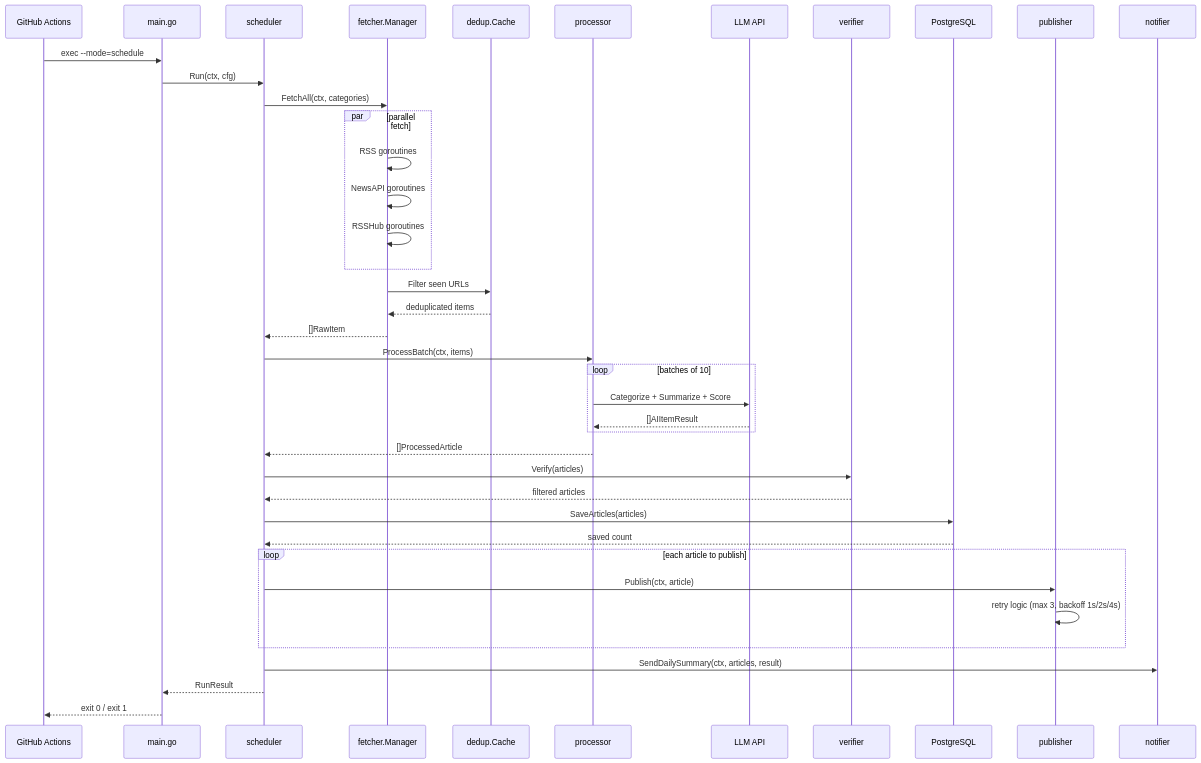
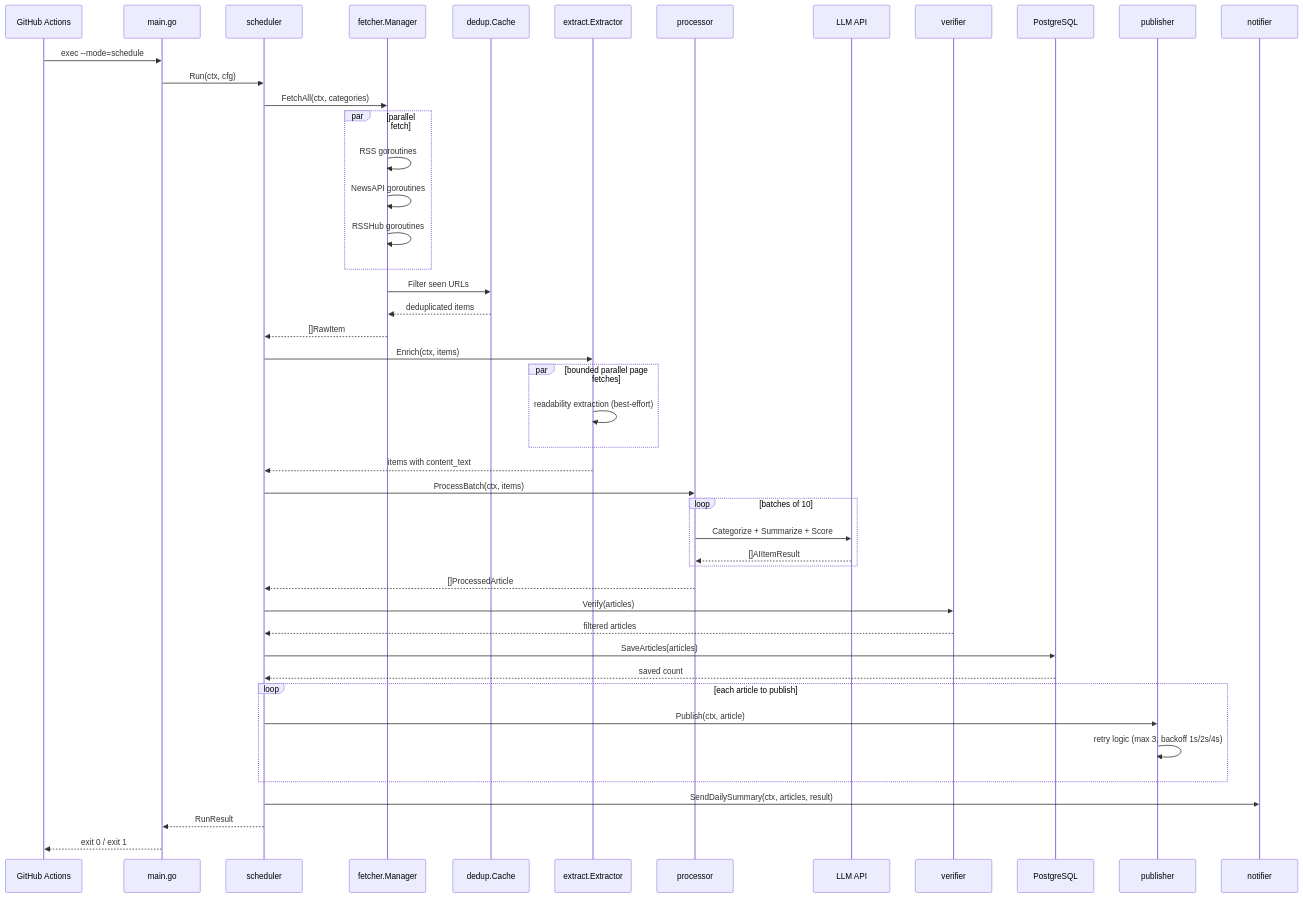
Before and after one commit to NanluQingshi/daily-info-agent: the second of 4 diagrams in docs/02-DESIGN.md, drawn with Mermaid. The commit also changed other lines of this file and 21 other files, not shown here.

First line of the commit message:
feat: full-text article extraction into DB (#47)

````diff
--- a/docs/02-DESIGN.md
+++ b/docs/02-DESIGN.md
@@ -109,43 +110,49 @@
 ```mermaid
 sequenceDiagram
     participant GHA as GitHub Actions
     participant Main as main.go
     participant Sched as scheduler
     participant Mgr as fetcher.Manager
     participant Dedup as dedup.Cache
+    participant Ext as extract.Extractor
     participant Proc as processor
     participant LLM as LLM API
     participant Ver as verifier
     participant DB as PostgreSQL
     participant Pub as publisher
     participant Notif as notifier
 
     GHA->>Main: exec --mode=schedule
     Main->>Sched: Run(ctx, cfg)
     Sched->>Mgr: FetchAll(ctx, categories)
     par parallel fetch
         Mgr->>Mgr: RSS goroutines
         Mgr->>Mgr: NewsAPI goroutines
         Mgr->>Mgr: RSSHub goroutines
     end
     Mgr->>Dedup: Filter seen URLs
     Dedup-->>Mgr: deduplicated items
     Mgr-->>Sched: []RawItem
+    Sched->>Ext: Enrich(ctx, items)
+    par bounded parallel page fetches
+        Ext->>Ext: readability extraction (best-effort)
+    end
+    Ext-->>Sched: items with content_text
     Sched->>Proc: ProcessBatch(ctx, items)
     loop batches of 10
         Proc->>LLM: Categorize + Summarize + Score
         LLM-->>Proc: []AIItemResult
     end
     Proc-->>Sched: []ProcessedArticle
     Sched->>Ver: Verify(articles)
     Ver-->>Sched: filtered articles
     Sched->>DB: SaveArticles(articles)
     DB-->>Sched: saved count
     loop each article to publish
         Sched->>Pub: Publish(ctx, article)
         Pub->>Pub: retry logic (max 3, backoff 1s/2s/4s)
     end
     Sched->>Notif: SendDailySummary(ctx, articles, result)
     Sched-->>Main: RunResult
     Main-->>GHA: exit 0 / exit 1
 ```
````
